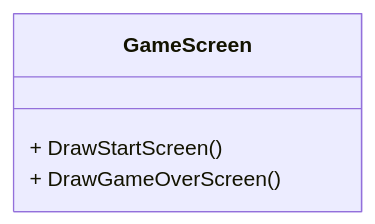
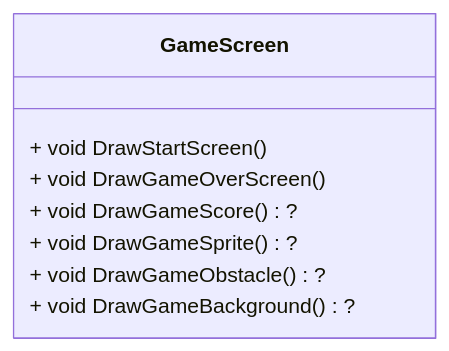
Before and after one commit to NexusWeave/MVP-FlappyBird-cs: the ninth of 9 diagrams in dokumentasjon/diagram/klasse-diagram.md, drawn with Mermaid. The commit also changed other lines of this file, not shown here.

Commit message:
Adding suggested functionallity to the class

````diff
--- a/dokumentasjon/diagram/klasse-diagram.md
+++ b/dokumentasjon/diagram/klasse-diagram.md
@@ -101,9 +101,16 @@
 ```mermaid
     classDiagram
         direction TD
 
         class GameScreen {
-            + DrawStartScreen()
-            + DrawGameOverScreen()
+            + void DrawStartScreen()
+            + void DrawGameOverScreen()
+
+            %% Suggestions
+            + void DrawGameScore()?
+            + void DrawGameSprite()? 
+            + void DrawGameObstacle()?
+            + void DrawGameBackground()? 
+            
         }
 ```
````
